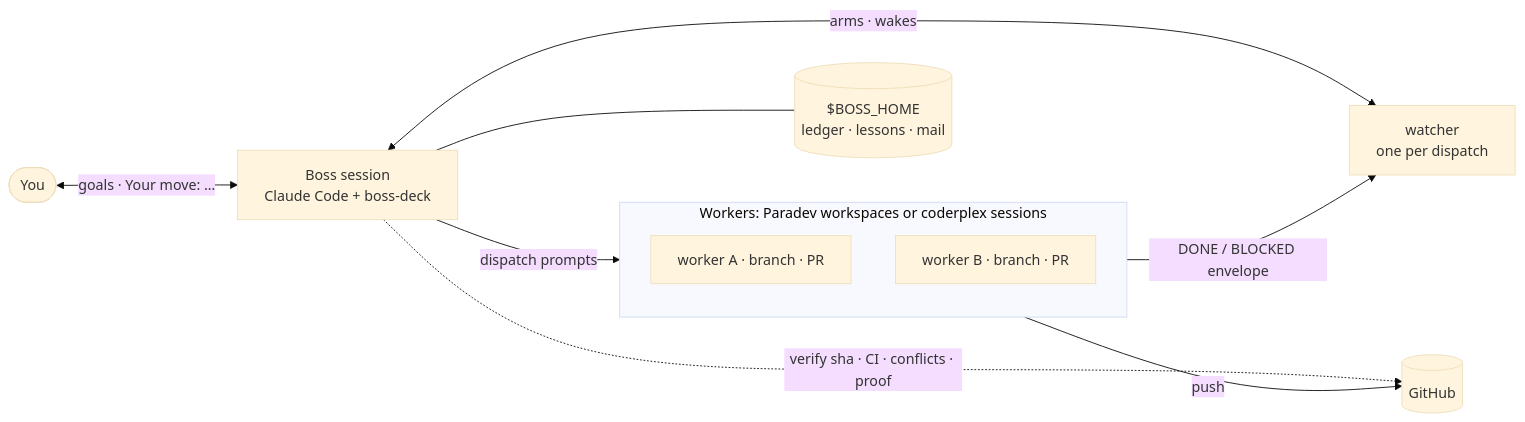
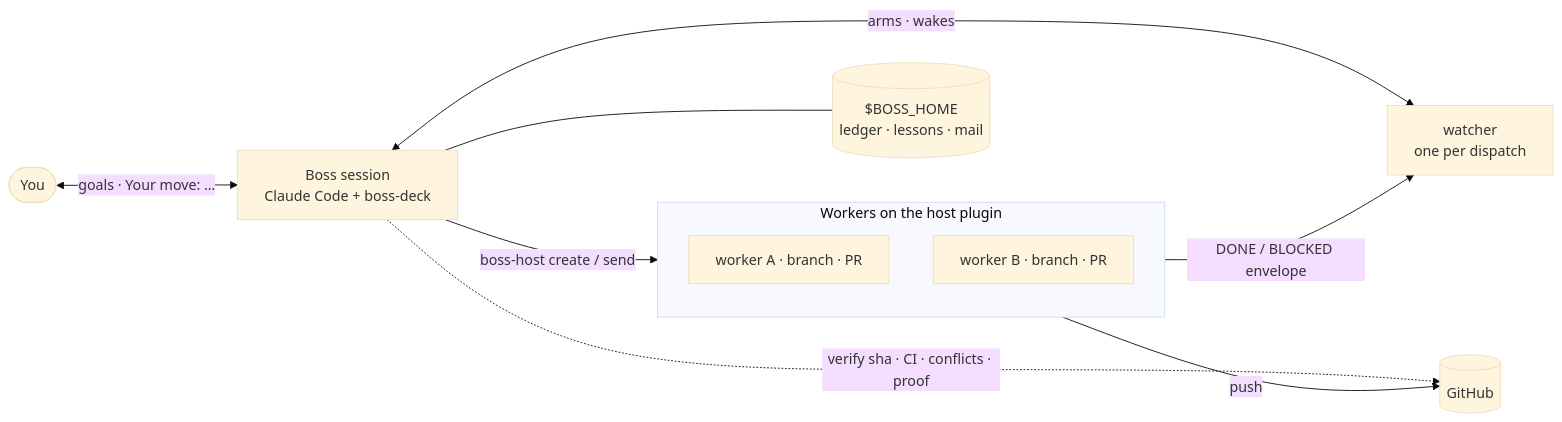
Before and after one commit to shlior7/boss-kit: the first of 2 diagrams in README.md, drawn with Mermaid (base theme). The commit also changed other lines of this file and 6 other files, not shown here.

First line of the commit message:
Docs and prompts: host-neutral boss prompt, onboarding and README

````diff
--- a/README.md
+++ b/README.md
@@ -25,14 +25,14 @@
 ```mermaid
 flowchart LR
   you([You]) <-- "goals · Your move: …" --> boss["Boss session<br/>Claude Code + boss-deck"]
-  boss -- dispatch prompts --> paradev
-  subgraph paradev [Workers: Paradev workspaces or coderplex sessions]
+  boss -- "boss-host create / send" --> workers
+  subgraph workers [Workers on the host plugin]
     A["worker A · branch · PR"]
     B["worker B · branch · PR"]
   end
   boss <-- "arms · wakes" --> W["watcher<br/>one per dispatch"]
-  paradev -- "DONE / BLOCKED envelope" --> W
-  paradev -- push --> GH[(GitHub)]
+  workers -- "DONE / BLOCKED envelope" --> W
+  workers -- push --> GH[(GitHub)]
   boss -. "verify sha · CI · conflicts · proof" .-> GH
   boss --- data[("$BOSS_HOME<br/>ledger · lessons · mail")]
 ```
````
